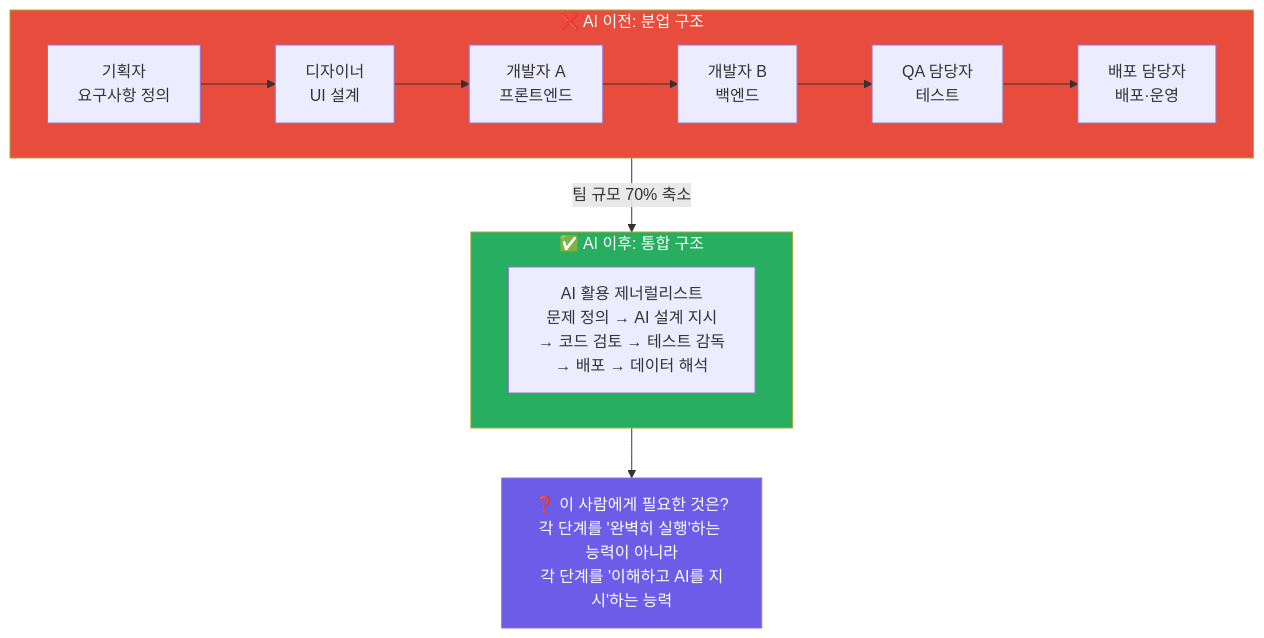
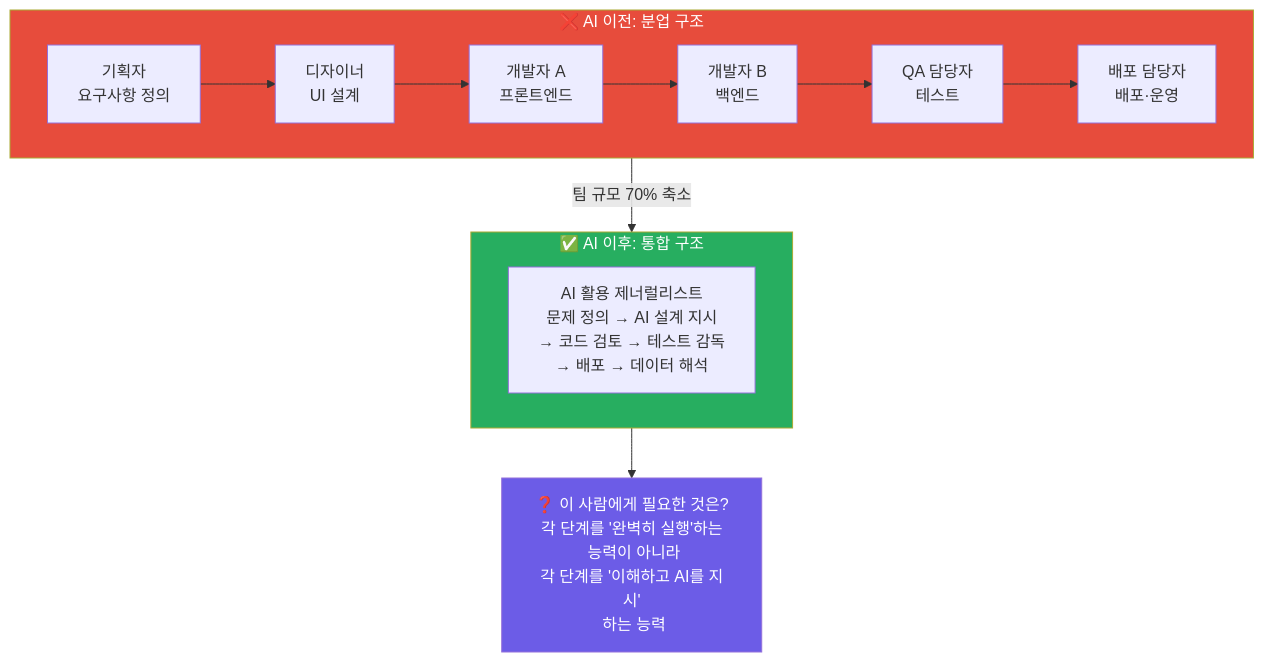
Before and after one commit to Collegenie-X/AI-career-path: the sixth of 17 diagrams in documents/기획서/DreamPath_AI시대_직업역량_재정의.md, drawn with Mermaid. The commit also changed other lines of this file and 40 other files, not shown here.

````diff
--- a/documents/기획서/DreamPath_AI시대_직업역량_재정의.md
+++ b/documents/기획서/DreamPath_AI시대_직업역량_재정의.md
@@ -233,19 +233,19 @@
 ```mermaid
 flowchart TD
     subgraph Old["❌ AI 이전: 분업 구조"]
         direction LR
         P1["기획자<br>요구사항 정의"] --> P2["디자이너<br>UI 설계"] --> P3["개발자 A<br>프론트엔드"] --> P4["개발자 B<br>백엔드"] --> P5["QA 담당자<br>테스트"] --> P6["배포 담당자<br>배포·운영"]
     end
 
     subgraph New["✅ AI 이후: 통합 구조"]
         direction LR
         N1["AI 활용 제너럴리스트<br>문제 정의 → AI 설계 지시<br>→ 코드 검토 → 테스트 감독<br>→ 배포 → 데이터 해석"]
     end
 
     Old -->|"팀 규모 70% 축소"| New
-    New --> Q["❓ 이 사람에게 필요한 것은?<br>각 단계를 '완벽히 실행'하는 능력이 아니라<br>각 단계를 '이해하고 AI를 지시'하는 능력"]
+    New --> Q["❓ 이 사람에게 필요한 것은?<br>각 단계를 '완벽히 실행'하는<br> 능력이 아니라<br>각 단계를 '이해하고 AI를 지시'<br> 하는 능력"]
 
     style Old fill:#E74C3C,color:#fff
     style New fill:#27AE60,color:#fff
     style Q fill:#6C5CE7,color:#fff
 ```
````
